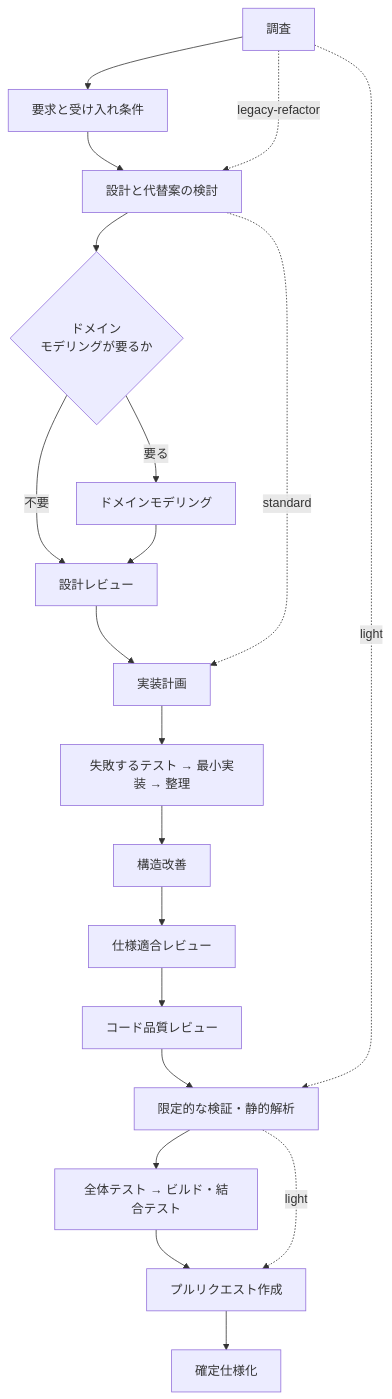
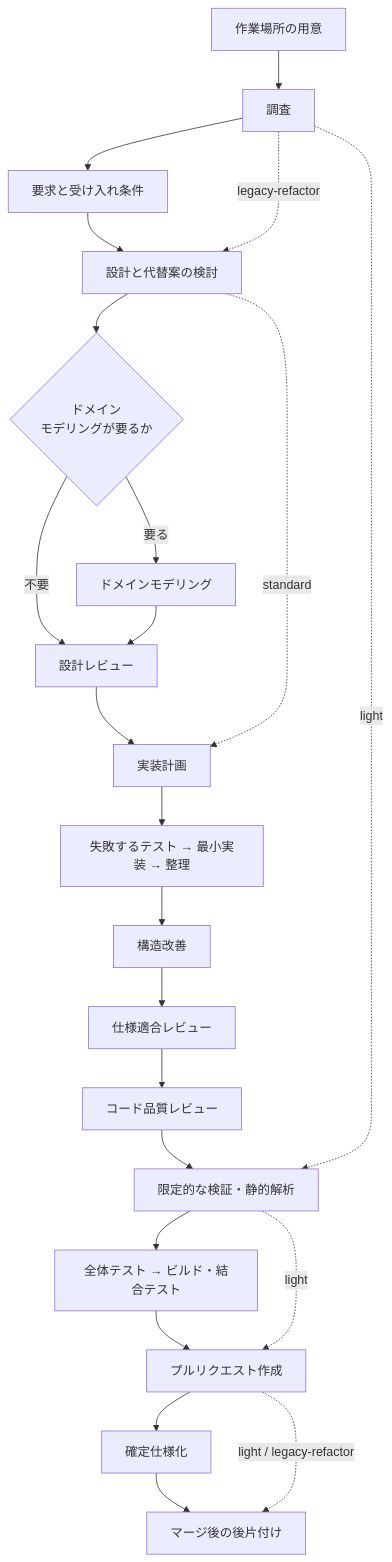
The diagram in plugins/ndf/skills/development-workflow/SKILL.md (devbasex/ai-plugins), drawn with Mermaid before and after one commit. The commit also changed other lines of this file, not shown here.

````diff
--- a/plugins/ndf/skills/development-workflow/SKILL.md
+++ b/plugins/ndf/skills/development-workflow/SKILL.md
@@ -98,22 +110,25 @@
 ```mermaid
 flowchart TD
-    A[調査] --> B[要求と受け入れ条件]
+    S[作業場所の用意] --> A[調査]
+    A --> B[要求と受け入れ条件]
     B --> C[設計と代替案の検討]
     C --> D{ドメイン<br/>モデリングが要るか}
     D -->|要る| E[ドメインモデリング]
     D -->|不要| F[設計レビュー]
     E --> F
     F --> G[実装計画]
     G --> H[失敗するテスト → 最小実装 → 整理]
     H --> R[構造改善]
     R --> I[仕様適合レビュー]
     I --> J[コード品質レビュー]
     J --> K[限定的な検証・静的解析]
     K --> N[全体テスト → ビルド・結合テスト]
     N --> L[プルリクエスト作成]
     L --> M[確定仕様化]
+    M --> P[マージ後の後片付け]
     C -.->|standard| G
     A -.->|legacy-refactor| C
     A -.->|light| K
     K -.->|light| L
+    L -.->|light / legacy-refactor| P
 ```
````
